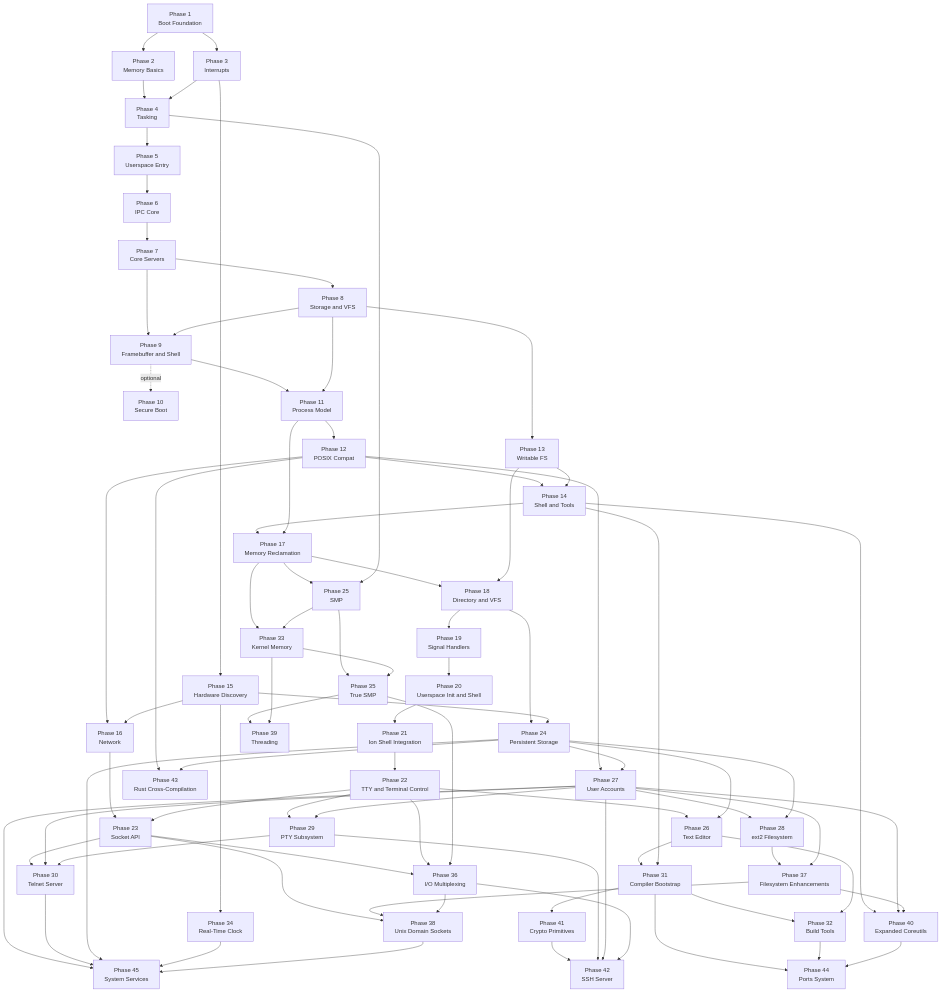
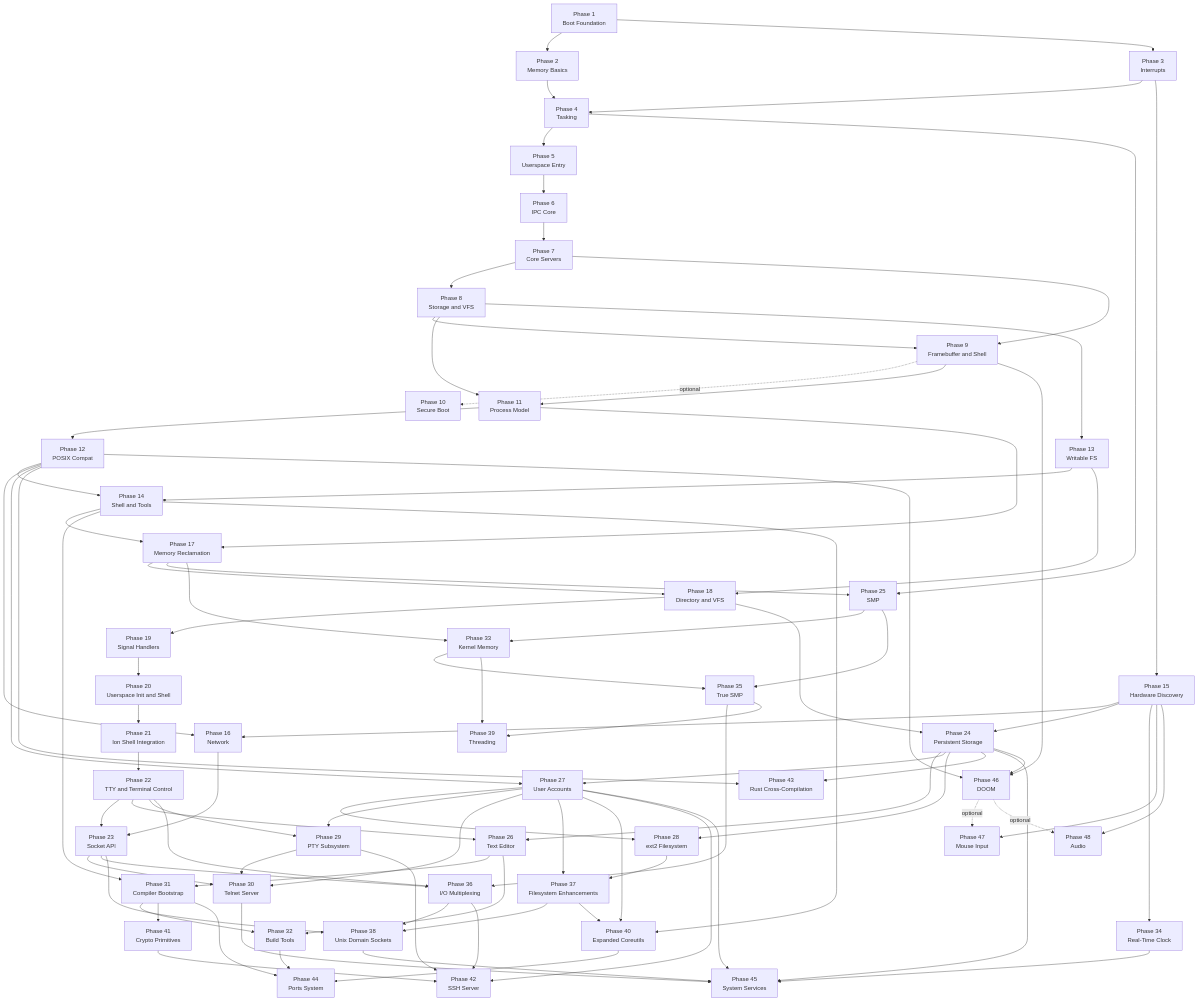
The first of 2 diagrams in docs/roadmap/README.md (mikecubed/m3OS), drawn with Mermaid before and after one commit. The commit also changed other lines of this file and 6 other files, not shown here.

Commit message:
docs: add DOOM, mouse input, and audio phases (46-48) (#58)

````diff
--- a/docs/roadmap/README.md
+++ b/docs/roadmap/README.md
@@ -126,4 +126,13 @@
     P24 --> P45
     P34 --> P45
     P38 --> P45
+
+    %% Showcase phases
+    P12 --> P46["Phase 46<br/>DOOM"]
+    P24 --> P46
+    P9 --> P46
+    P15 --> P47["Phase 47<br/>Mouse Input"]
+    P46 -.->|optional| P47
+    P15 --> P48["Phase 48<br/>Audio"]
+    P46 -.->|optional| P48
 ```
````
